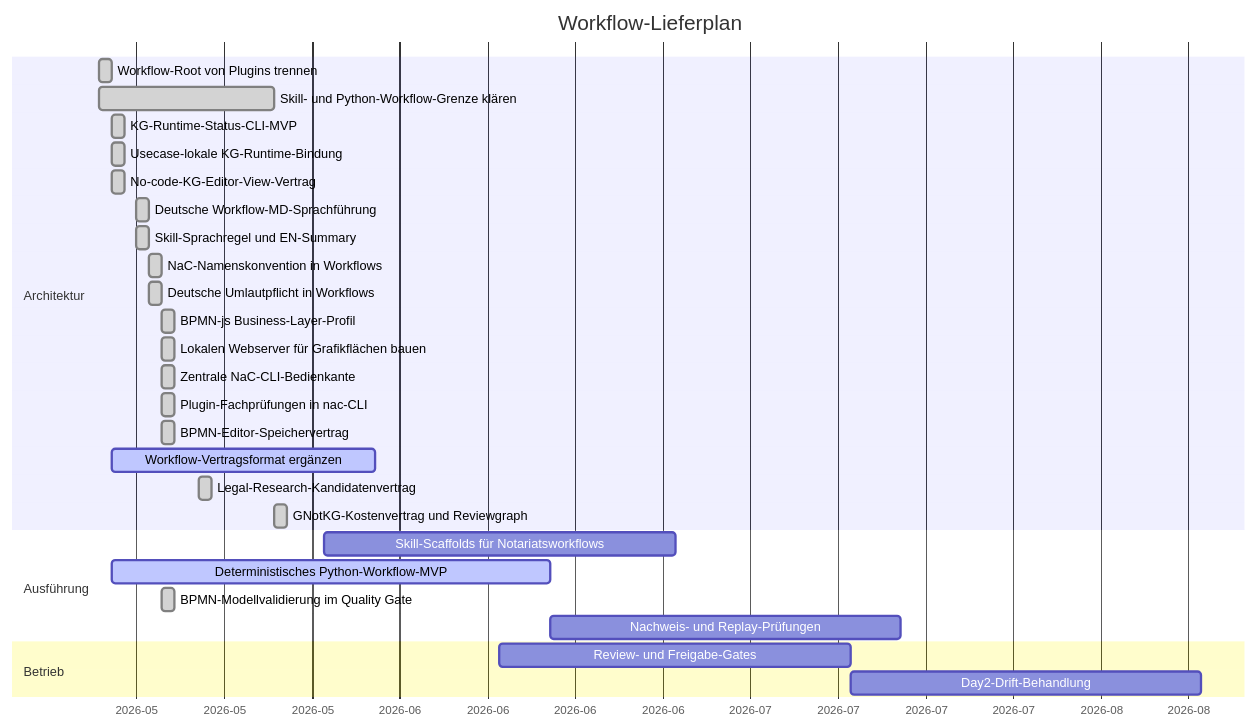
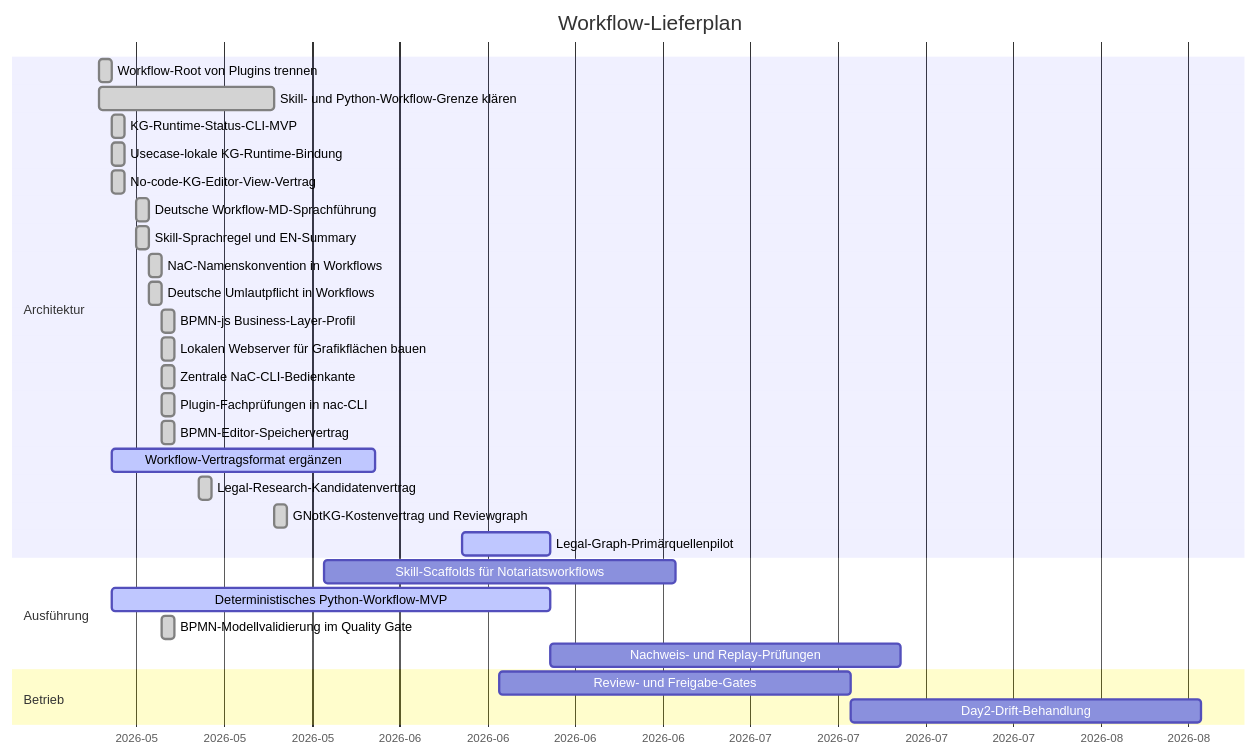
One commit to notariat8/NaC changed the diagram in workflows/GANTT.md. Above: the diagram before and after it, drawn with Mermaid. The commit also changed other lines of this file and 13 other files, not shown here.

Commit message:
feat: add primary source legal graph pilot

````diff
--- a/workflows/GANTT.md
+++ b/workflows/GANTT.md
@@ -5,35 +5,36 @@
 ```mermaid
 gantt
     title Workflow-Lieferplan
     dateFormat  YYYY-MM-DD
     axisFormat  %Y-%m
 
     section Architektur
     Workflow-Root von Plugins trennen          :done,   w1, 2026-05-14, 1d
     Skill- und Python-Workflow-Grenze klären  :done,   w2, 2026-05-14, 14d
     KG-Runtime-Status-CLI-MVP                  :done,   w3, 2026-05-15, 1d
     Usecase-lokale KG-Runtime-Bindung          :done,   w3a, 2026-05-15, 1d
     No-code-KG-Editor-View-Vertrag             :done,   w4a, 2026-05-15, 1d
     Deutsche Workflow-MD-Sprachführung        :done,   w4b, 2026-05-17, 1d
     Skill-Sprachregel und EN-Summary            :done,   w4c, 2026-05-17, 1d
     NaC-Namenskonvention in Workflows           :done,   w4d, 2026-05-18, 1d
     Deutsche Umlautpflicht in Workflows         :done,   w4e, 2026-05-18, 1d
     BPMN-js Business-Layer-Profil               :done,   w4f, 2026-05-19, 1d
     Lokalen Webserver für Grafikflächen bauen  :done,   w4g, 2026-05-19, 1d
     Zentrale NaC-CLI-Bedienkante                :done,   w4h, 2026-05-19, 1d
     Plugin-Fachprüfungen in nac-CLI             :done,   w4i, 2026-05-19, 1d
     BPMN-Editor-Speichervertrag                 :done,   w4j, 2026-05-19, 1d
     Workflow-Vertragsformat ergänzen          :active, w4, 2026-05-15, 21d
     Legal-Research-Kandidatenvertrag           :done,   w4k, 2026-05-22, 1d
     GNotKG-Kostenvertrag und Reviewgraph        :done,   w4l, 2026-05-28, 1d
+    Legal-Graph-Primärquellenpilot             :active, w4m, 2026-06-12, 7d
 
     section Ausführung
     Skill-Scaffolds für Notariatsworkflows    :        w5, 2026-06-01, 28d
     Deterministisches Python-Workflow-MVP      :active, w6, 2026-05-15, 35d
     BPMN-Modellvalidierung im Quality Gate      :done,   w6a, 2026-05-19, 1d
     Nachweis- und Replay-Prüfungen            :        w7, after w6, 28d
 
     section Betrieb
     Review- und Freigabe-Gates                 :        w8, 2026-06-15, 28d
     Day2-Drift-Behandlung                      :        w9, after w8, 28d
 ```
````
